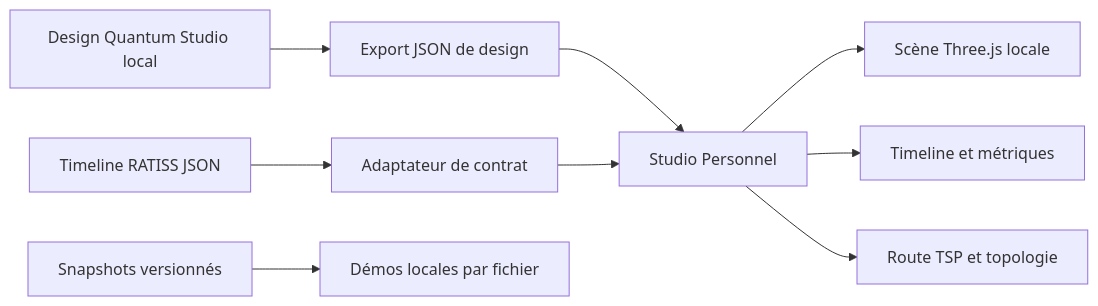
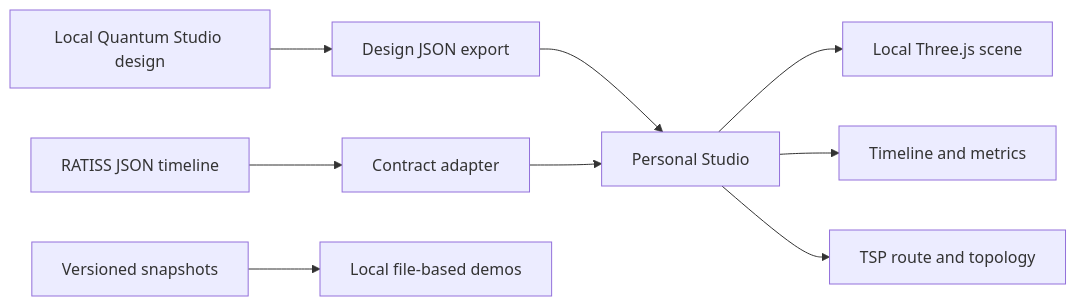
The diagram in README.md (jonathansearch/ratiss-decoherence-atlas), drawn with Mermaid before and after one commit. The commit also changed other lines of this file, not shown here.

````diff
--- a/README.md
+++ b/README.md
@@ -177,11 +177,11 @@
 ```mermaid
 flowchart LR
-  A["Design Quantum Studio local"] --> B["Export JSON de design"]
-  C["Timeline RATISS JSON"] --> D["Adaptateur de contrat"]
-  B --> E["Studio Personnel"]
+  A["Local Quantum Studio design"] --> B["Design JSON export"]
+  C["RATISS JSON timeline"] --> D["Contract adapter"]
+  B --> E["Personal Studio"]
   D --> E
-  E --> F["Scène Three.js locale"]
-  E --> G["Timeline et métriques"]
-  E --> H["Route TSP et topologie"]
-  I["Snapshots versionnés"] --> J["Démos locales par fichier"]
+  E --> F["Local Three.js scene"]
+  E --> G["Timeline and metrics"]
+  E --> H["TSP route and topology"]
+  I["Versioned snapshots"] --> J["Local file-based demos"]
 ```
````
